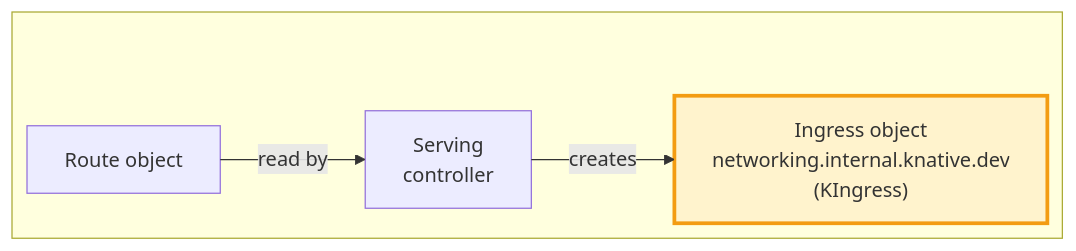
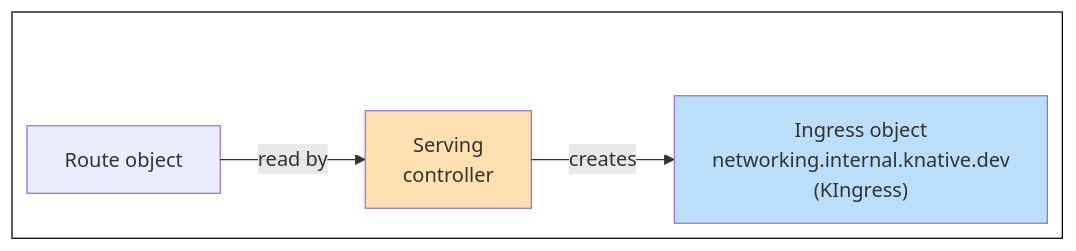
The first of 5 diagrams in docs/versioned/serving/config-network-adapters.md (knative/docs), drawn with Mermaid before and after one commit. The commit also changed other lines of this file, not shown here.

Commit message:
Update config-network-adapters.md
Mermaid chart formatting

````diff
--- a/docs/versioned/serving/config-network-adapters.md
+++ b/docs/versioned/serving/config-network-adapters.md
@@ -22,19 +22,19 @@
     ```mermaid
     ---
     config:
       layout: elk
       theme: default
     ---
     flowchart LR
       subgraph flow[" "]
         direction LR
             kingress1["Ingress object<br>networking.internal.knative.dev<br>(KIngress)"]
             serving["Serving<br>controller"]
             route["Route object"]
       end
         route -- read by --> serving
         serving -- creates --> kingress1
-        class kingress1 highlight
-    classDef highlight fill:#fff3cd,stroke:#f39c12,stroke-width:3px
-    style flow    background:transparent, border:none
+        style kingress1 fill:#BBDEFB,stroke-width:1px,stroke-dasharray: 0
+        style serving fill:#FFE0B2
+        style flow    background:transparent, border:none,fill:transparent,stroke:#000000
     ```
````
